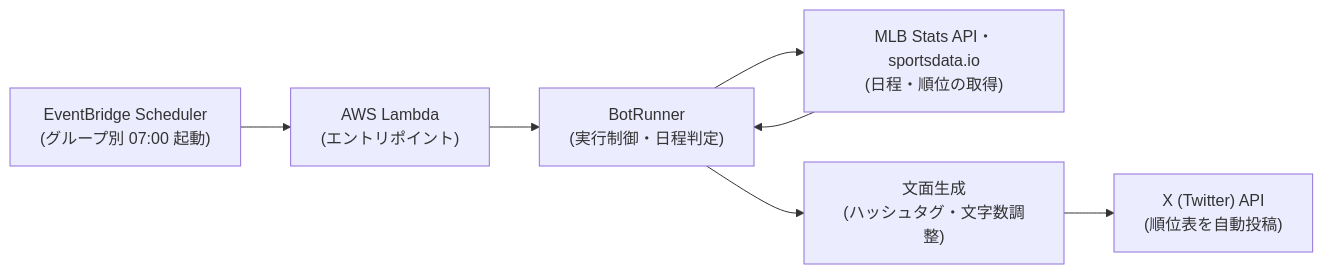
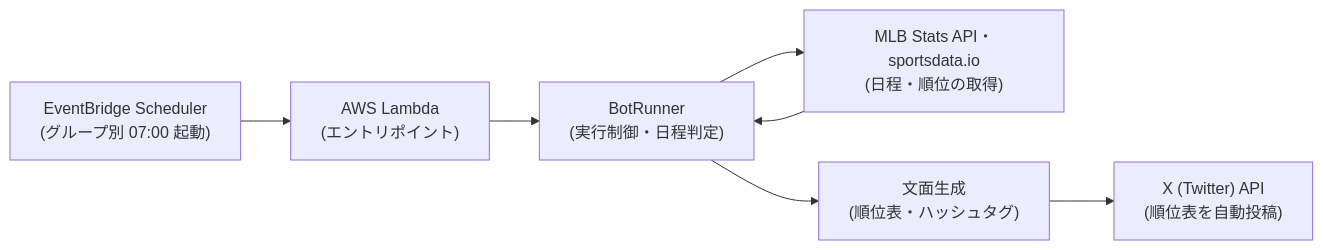
One commit to shin4488/MlbBot changed the diagram in README.md. Above: the diagram before and after it, drawn with Mermaid. The commit also changed other lines of this file and 7 other files, not shown here.

````diff
--- a/README.md
+++ b/README.md
@@ -10,9 +10,9 @@
 ```mermaid
 flowchart LR
     Event["EventBridge Scheduler<br>(グループ別 07:00 起動)"] --> Lambda["AWS Lambda<br>(エントリポイント)"]
     Lambda --> App["BotRunner<br>(実行制御・日程判定)"]
     App --> MLB["MLB Stats API・sportsdata.io<br>(日程・順位の取得)"]
     MLB --> App
-    App --> Compose["文面生成<br>(ハッシュタグ・文字数調整)"]
+    App --> Compose["文面生成<br>(順位表・ハッシュタグ)"]
     Compose --> X["X (Twitter) API<br>(順位表を自動投稿)"]
 ```
````
